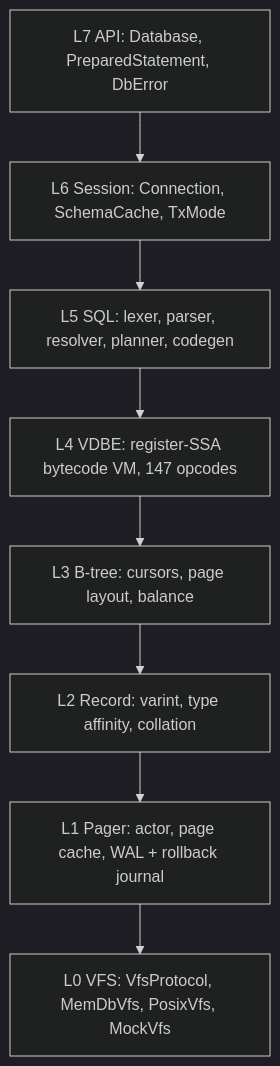
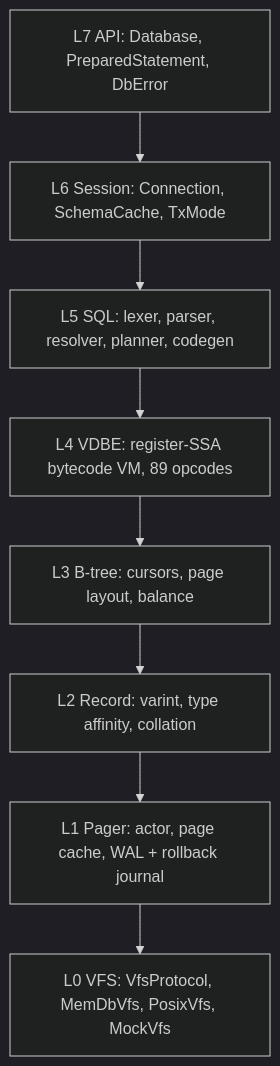
The first of 2 diagrams in docs/stdlib/database.md (verum-lang/website), drawn with Mermaid (dark theme) before and after one commit. The commit also changed 3 other files, not shown here.

````diff
--- a/docs/stdlib/database.md
+++ b/docs/stdlib/database.md
@@ -43,12 +43,12 @@
 ```mermaid
 flowchart TD
     L7[L7 API: Database, PreparedStatement, DbError]
     L6[L6 Session: Connection, SchemaCache, TxMode]
     L5[L5 SQL: lexer, parser, resolver, planner, codegen]
-    L4[L4 VDBE: register-SSA bytecode VM, 147 opcodes]
+    L4[L4 VDBE: register-SSA bytecode VM, 89 opcodes]
     L3[L3 B-tree: cursors, page layout, balance]
     L2[L2 Record: varint, type affinity, collation]
     L1[L1 Pager: actor, page cache, WAL + rollback journal]
     L0[L0 VFS: VfsProtocol, MemDbVfs, PosixVfs, MockVfs]
     L7 --> L6 --> L5 --> L4 --> L3 --> L2 --> L1 --> L0
 ```
````
